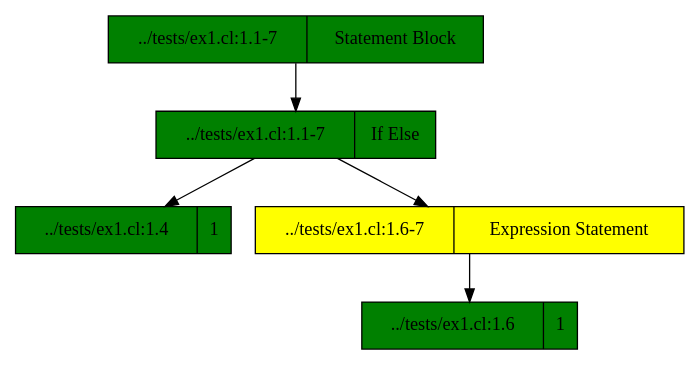
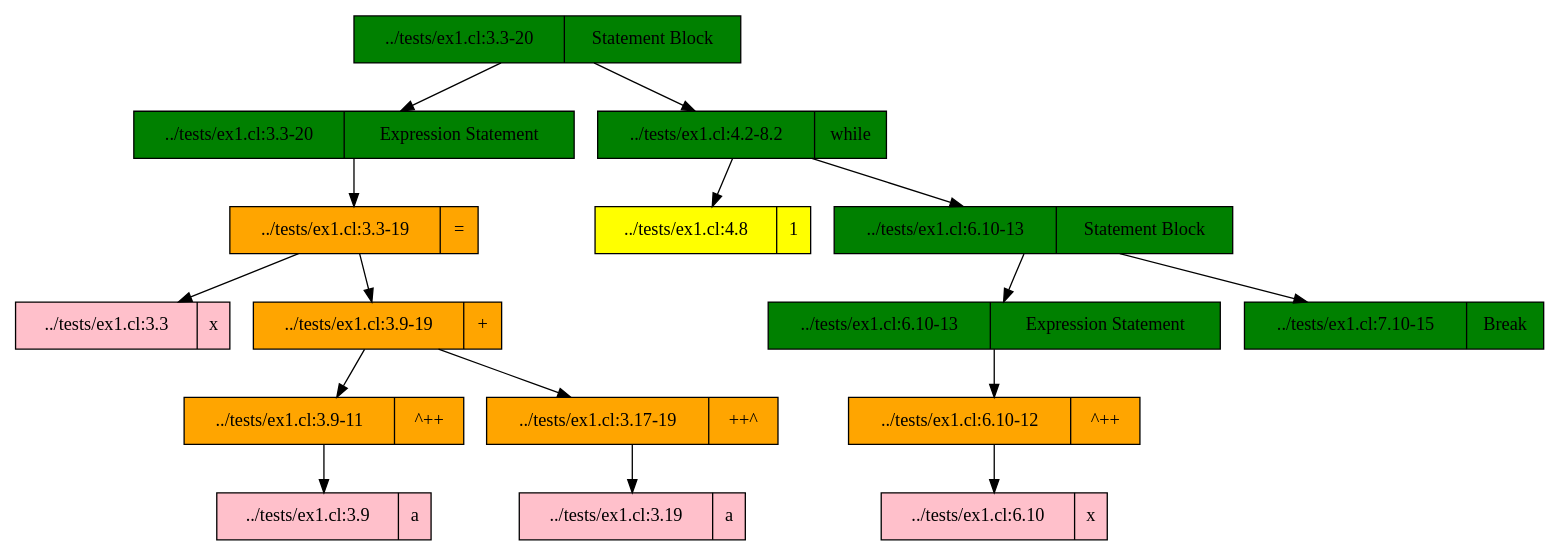
Before and after one commit to kefirRzevo/ParaCL: the diagram in res/dump_ex1.dot, drawn with Graphviz. The commit also changed 12 other files, not shown here.

```diff
--- a/res/dump_ex1.dot
+++ b/res/dump_ex1.dot
@@ -1,16 +1,34 @@
 digraph {
-	node[shape=record, style=filled, fontcolor=black, fillcolor=green];
-	node_0x7f8e05f05e70[label = "../tests/ex1.cl:1.1-7 | Statement Block"];
-	node_0x7f8e05f05e70 -> node_0x7f8e05f05e30;
-	node[shape=record, style=filled, fontcolor=black, fillcolor=green];
-	node_0x7f8e05f05e30[label = "../tests/ex1.cl:1.1-7 | If Else"];
-	node_0x7f8e05f05e30 -> node_0x7f8e05f05c30;
-	node[shape=record, style=filled, fontcolor=black, fillcolor=yellow];
-	node_0x7f8e05f05c30[label = "../tests/ex1.cl:1.4 | 1"];
-	node_0x7f8e05f05e30 -> node_0x7f8e05f05cc0;
-	node[shape=record, style=filled, fontcolor=black, fillcolor=green];
-	node_0x7f8e05f05cc0[label = "../tests/ex1.cl:1.6-7 | Expression Statement"];
-	node_0x7f8e05f05cc0 -> node_0x7f8e05f05c80;
-	node[shape=record, style=filled, fontcolor=black, fillcolor=yellow];
-	node_0x7f8e05f05c80[label = "../tests/ex1.cl:1.6 | 1"];
+	node[shape=record, style=filled, fontcolor=black];
+	node_0x7fec4c804300[fillcolor=green, label = "../tests/ex1.cl:3.3-20 | Statement Block"];
+	node_0x7fec4c804300 -> node_0x7fec4c8042d0;
+	node_0x7fec4c804300 -> node_0x7fec4c804530;
+	node_0x7fec4c804530[fillcolor=green, label = "../tests/ex1.cl:4.2-8.2 | while"];
+	node_0x7fec4c804530 -> node_0x7fec4c8043f0;
+	node_0x7fec4c804530 -> node_0x7fec4c804490;
+	node_0x7fec4c804490[fillcolor=green, label = "../tests/ex1.cl:6.10-13 | Statement Block"];
+	node_0x7fec4c804490 -> node_0x7fec4c804460;
+	node_0x7fec4c804490 -> node_0x7fec4c804500;
+	node_0x7fec4c804500[fillcolor=green, label = "../tests/ex1.cl:7.10-15 | Break"];
+	node_0x7fec4c804460[fillcolor=green, label = "../tests/ex1.cl:6.10-13 | Expression Statement"];
+	node_0x7fec4c804460 -> node_0x7fec4c804420;
+	node_0x7fec4c804420[fillcolor=orange, label = "../tests/ex1.cl:6.10-12 | ^++"];
+	node_0x7fec4c804420 -> node_0x7fec4c804210;
+	node_0x7fec4c804210[fillcolor=pink, label = "../tests/ex1.cl:6.10 | x"];
+	node_0x7fec4c8043f0[fillcolor=yellow, label = "../tests/ex1.cl:4.8 | 1"];
+	node_0x7fec4c8042d0[fillcolor=green, label = "../tests/ex1.cl:3.3-20 | Expression Statement"];
+	node_0x7fec4c8042d0 -> node_0x7fec4c804290;
+	node_0x7fec4c804290[fillcolor=orange, label = "../tests/ex1.cl:3.3-19 | ="];
+	node_0x7fec4c804290 -> node_0x7fec4c804080;
+	node_0x7fec4c804290 -> node_0x7fec4c804250;
+	node_0x7fec4c804250[fillcolor=orange, label = "../tests/ex1.cl:3.9-19 | +"];
+	node_0x7fec4c804250 -> node_0x7fec4c804130;
+	node_0x7fec4c804250 -> node_0x7fec4c8041d0;
+	node_0x7fec4c8041d0[fillcolor=orange, label = "../tests/ex1.cl:3.17-19 | ++^"];
+	node_0x7fec4c8041d0 -> node_0x7fec4c804190;
+	node_0x7fec4c804190[fillcolor=pink, label = "../tests/ex1.cl:3.19 | a"];
+	node_0x7fec4c804130[fillcolor=orange, label = "../tests/ex1.cl:3.9-11 | ^++"];
+	node_0x7fec4c804130 -> node_0x7fec4c8040e0;
+	node_0x7fec4c8040e0[fillcolor=pink, label = "../tests/ex1.cl:3.9 | a"];
+	node_0x7fec4c804080[fillcolor=pink, label = "../tests/ex1.cl:3.3 | x"];
 }
```
